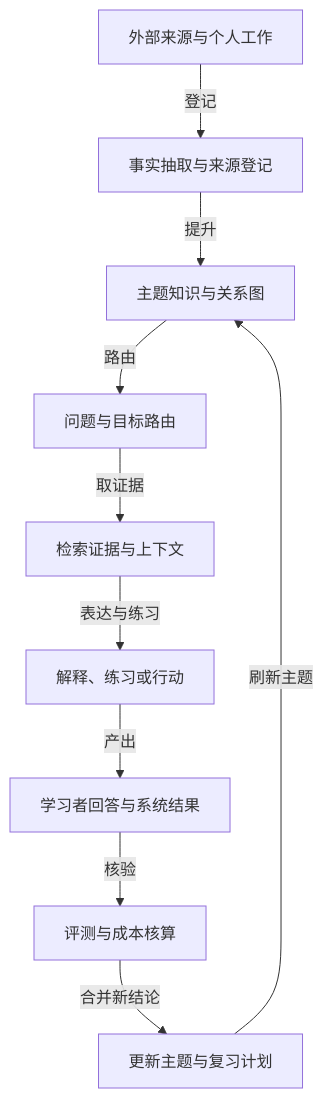
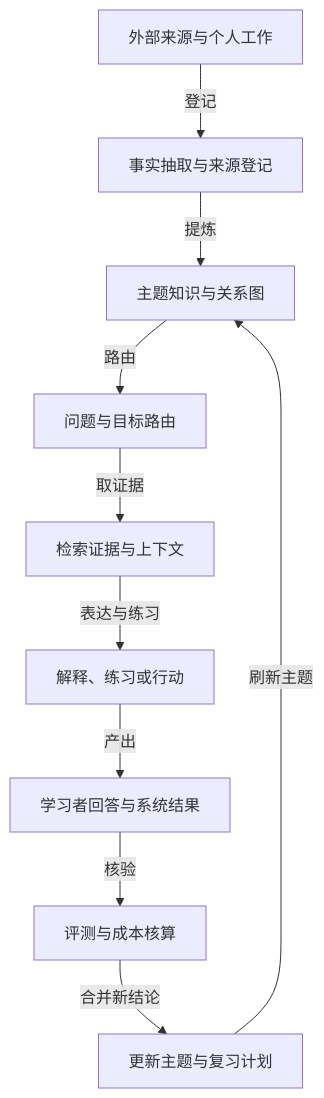
One commit to hub138/technical-knowledge changed the first of 3 diagrams in vault/工程知识/AI 系统工程：从模型能力到生产能力/Agent与工作流/Agent学习工具把资料变成可验证学习循环.md. Above: the diagram before and after it, drawn with Mermaid. The commit also changed other lines of this file and 622 other files, not shown here.

````diff
--- a/vault/工程知识/AI 系统工程：从模型能力到生产能力/Agent与工作流/Agent学习工具把资料变成可验证学习循环.md
+++ b/vault/工程知识/AI 系统工程：从模型能力到生产能力/Agent与工作流/Agent学习工具把资料变成可验证学习循环.md
@@ -33,12 +45,12 @@
 ```mermaid
 graph TD
     A[外部来源与个人工作] -->|登记| B[事实抽取与来源登记]
-    B -->|提升| C[主题知识与关系图]
+    B -->|提炼| C[主题知识与关系图]
     C -->|路由| D[问题与目标路由]
     D -->|取证据| E[检索证据与上下文]
     E -->|表达与练习| F[解释、练习或行动]
     F -->|产出| G[学习者回答与系统结果]
     G -->|核验| H[评测与成本核算]
     H -->|合并新结论| I[更新主题与复习计划]
     I -->|刷新主题| C
 ```
````
